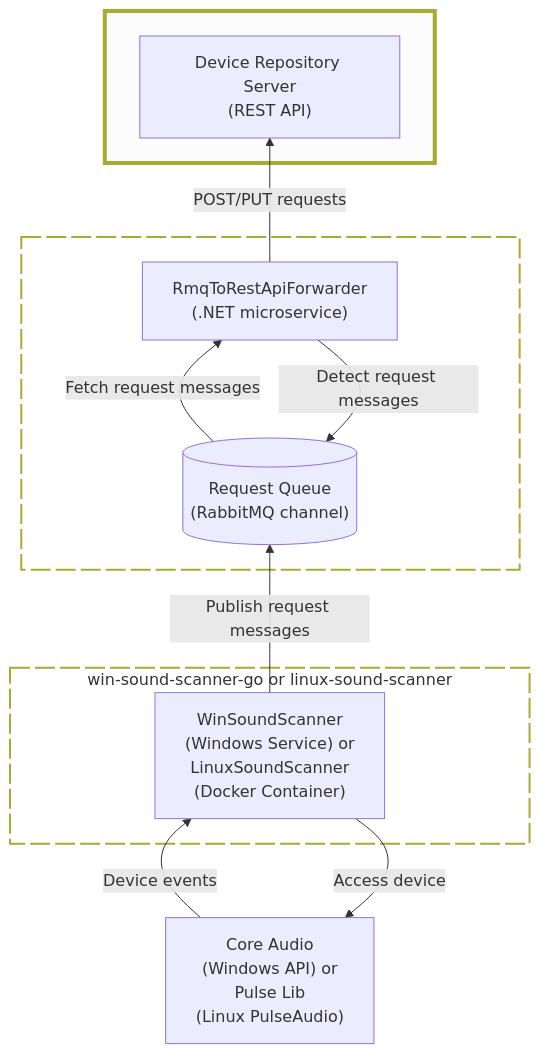
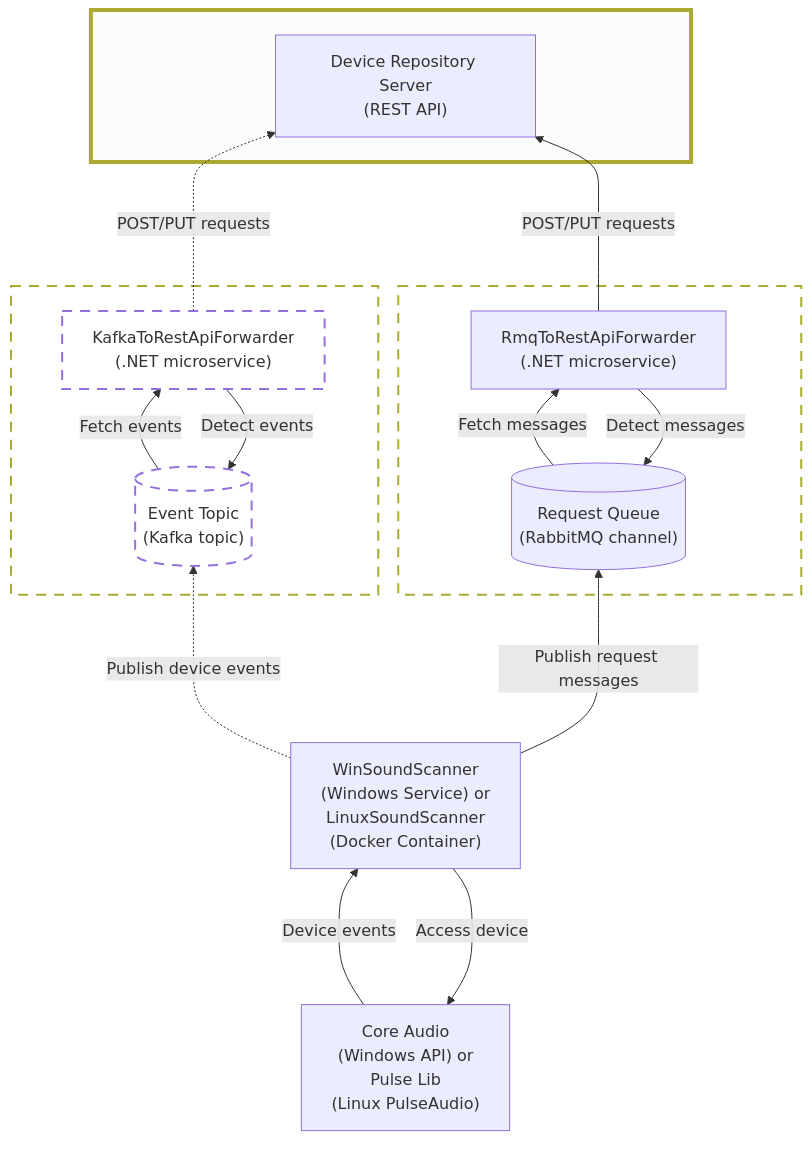
The diagram in README.md (reg-dra/audio-device-repo-server), drawn with Mermaid before and after one commit.

Commit message:
Update README architecture diagram for Kafka integration

````diff
--- a/README.md
+++ b/README.md
@@ -9,43 +9,51 @@
 ```mermaid
+
 flowchart BT
 
-classDef dottedBox fill:transparent,fill-opacity:0.55, stroke-dasharray:20 5,stroke-width:2px;
-classDef stressedBox fill:#f0f0f0,fill-opacity:0.2,stroke-width:4px;
-classDef invisibleNode fill:transparent,stroke:transparent;
+    classDef dottedBox fill:transparent, fill-opacity:0.55, stroke-dasharray:10 8, stroke-width:2px;
+    classDef stressedBox fill:#f0f0f0,fill-opacity:0.2,stroke-width:4px;
+    classDef invisibleNode fill:transparent, stroke:transparent;
 
-coreAudioApi["Core Audio<br>(Windows API) or<br>Pulse Lib<br>(Linux PulseAudio)"]
+    coreAudioApi["Core Audio<br>(Windows API) or<br>Pulse Lib<br>(Linux PulseAudio)"]
 
-subgraph scannerService["win-sound-scanner-go or linux-sound-scanner"]
-    invisible1["<br><br><br><br><br>"]
     class invisible1 invisibleNode
     winSoundScannerService["WinSoundScanner<br>(Windows Service) or<br>LinuxSoundScanner<br>(Docker Container)"]
     invisible2["<br><br><br><br><br>"]
     class invisible2 invisibleNode
-end
-class scannerService dottedBox
 
-subgraph requestQueueMicroservice["<br>"]
-    requestQueue[("Request Queue<br>(RabbitMQ channel)")]
-    rabbitMqRestForwarder["RmqToRestApiForwarder<br>(.NET microservice)"]
-end
-class requestQueueMicroservice dottedBox
+    subgraph eventTopicKafkaMicroservice["<br>"]
+        eventTopic[("Event Topic<br>(Kafka topic)")]
+        class eventTopic dottedBox
+        kafkaRestForwarder["KafkaToRestApiForwarder<br>(.NET microservice)"]
+        class kafkaRestForwarder dottedBox
+    end
+    class eventTopicKafkaMicroservice dottedBox
 
-subgraph repoServer["<br>"]
-  invisible1["<br><br><br>"]
-  class invisible1 invisibleNode
-  deviceRepositoryApi["Device Repository Server<br>(REST API)"]
-  invisible2["<br><br><br>"]
-  class invisible2 invisibleNode
-end
-class repoServer stressedBox
+    subgraph requestQueueRabbitMqMicroservice["<br>"]
+        requestQueue[("Request Queue<br>(RabbitMQ channel)")]
+        rabbitMqRestForwarder["RmqToRestApiForwarder<br>(.NET microservice)"]
+    end
+    class requestQueueRabbitMqMicroservice dottedBox
 
-winSoundScannerService --> |Access device| coreAudioApi
-coreAudioApi -->|Device events| winSoundScannerService
+	subgraph repoServer["<br>"]
+	  class invisible1 invisibleNode
+	  deviceRepositoryApi["Device Repository Server<br>(REST API)"]
+	  class invisible2 invisibleNode
+	end
+	class repoServer stressedBox
 
-winSoundScannerService -->|Publish request messages| requestQueue
 
-requestQueue -->|Fetch request messages| rabbitMqRestForwarder
-rabbitMqRestForwarder --> |Detect request messages| requestQueue
-rabbitMqRestForwarder -->|POST/PUT requests| deviceRepositoryApi
+    winSoundScannerService --> |Access device| coreAudioApi
+    coreAudioApi --->|Device events| winSoundScannerService
+
+    winSoundScannerService -..-> |Publish device events| eventTopic
+    winSoundScannerService --->|Publish request messages| requestQueue
+
+    eventTopic -->|Fetch events| kafkaRestForwarder
+    kafkaRestForwarder --> |Detect events| eventTopic
+    kafkaRestForwarder -..->|POST/PUT requests| deviceRepositoryApi
+    requestQueue -->|Fetch messages| rabbitMqRestForwarder
+    rabbitMqRestForwarder --> |Detect messages| requestQueue
+    rabbitMqRestForwarder --->|POST/PUT requests| deviceRepositoryApi
 
 ```
````
